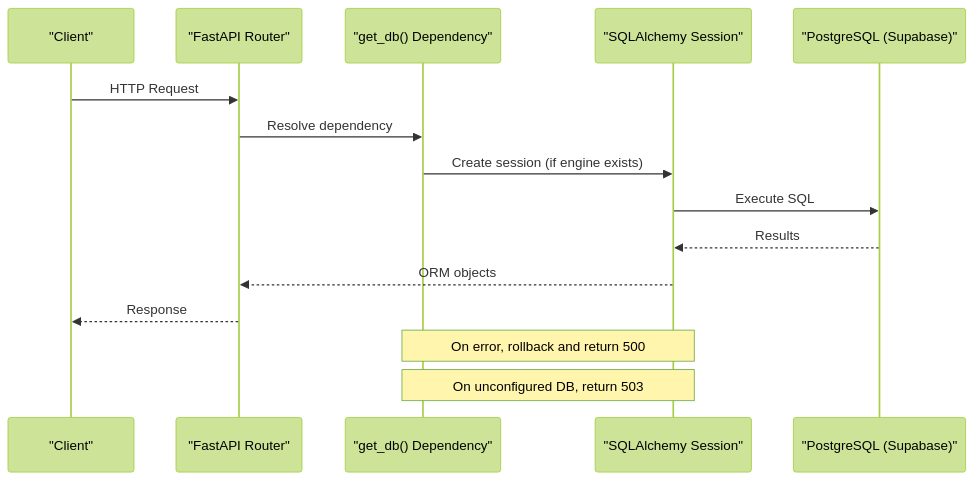
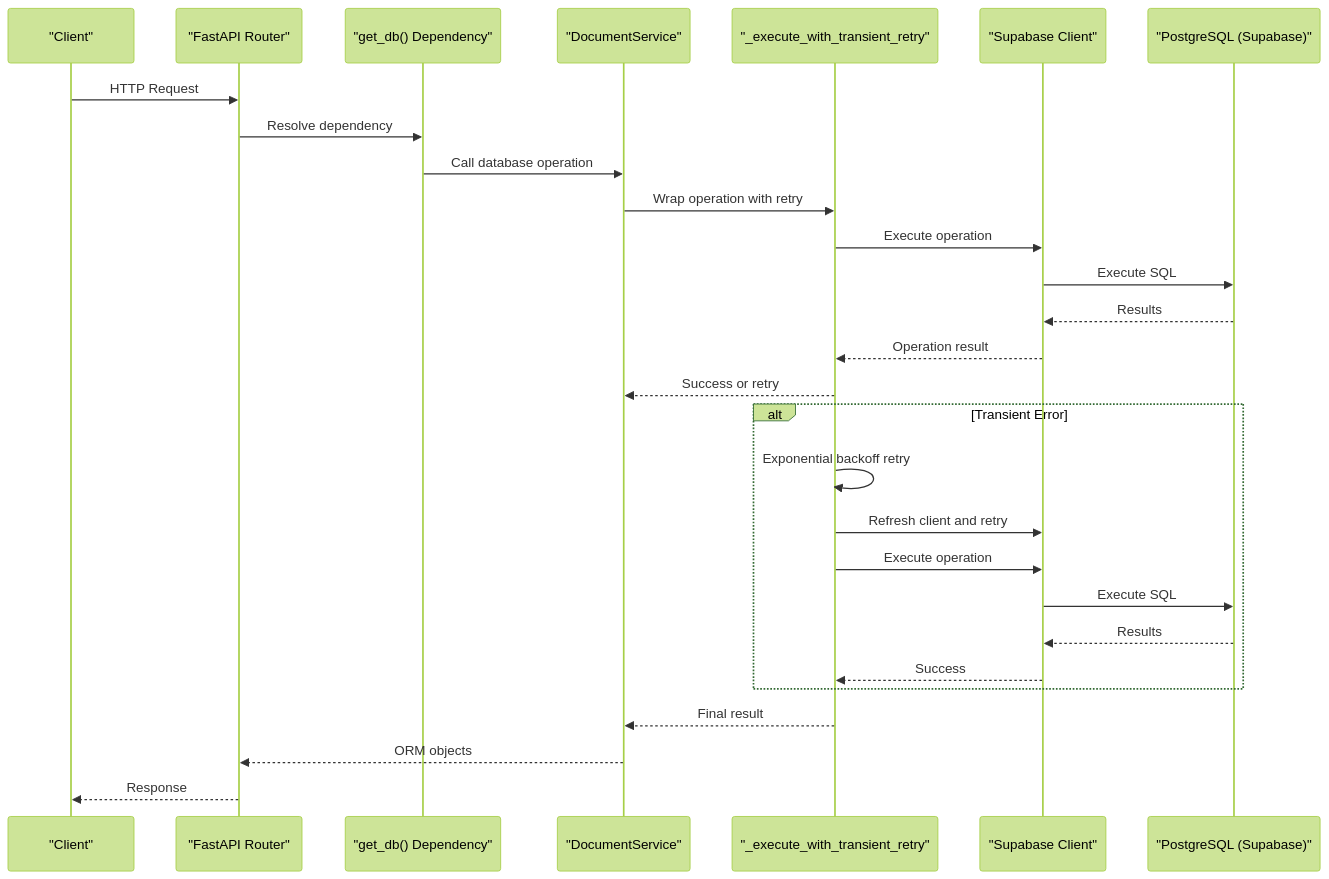
One commit to rohitkumarnaidu/-Auto-AI-Automated-Academic-Docx-Manuscript-Formatter changed the second of 8 diagrams in .qoder/repowiki/en/content/Backend Development/Database & ORM Design.md. Above: the diagram before and after it, drawn with Mermaid (forest theme). The commit also changed other lines of this file and 4 other files, not shown here.

````diff
--- a/.qoder/repowiki/en/content/Backend Development/Database & ORM Design.md
+++ b/.qoder/repowiki/en/content/Backend Development/Database & ORM Design.md
@@ -141,17 +165,30 @@
 ```mermaid
 sequenceDiagram
 participant Client as "Client"
 participant FastAPI as "FastAPI Router"
 participant Dep as "get_db() Dependency"
-participant Session as "SQLAlchemy Session"
+participant DocSvc as "DocumentService"
+participant Retry as "_execute_with_transient_retry"
+participant Supabase as "Supabase Client"
 participant DB as "PostgreSQL (Supabase)"
 Client->>FastAPI : HTTP Request
 FastAPI->>Dep : Resolve dependency
-Dep->>Session : Create session (if engine exists)
-Session->>DB : Execute SQL
-DB-->>Session : Results
-Session-->>FastAPI : ORM objects
+Dep->>DocSvc : Call database operation
+DocSvc->>Retry : Wrap operation with retry
+Retry->>Supabase : Execute operation
+Supabase->>DB : Execute SQL
+DB-->>Supabase : Results
+Supabase-->>Retry : Operation result
+Retry-->>DocSvc : Success or retry
+alt Transient Error
+Retry->>Retry : Exponential backoff retry
+Retry->>Supabase : Refresh client and retry
+Retry->>Supabase : Execute operation
+Supabase->>DB : Execute SQL
+DB-->>Supabase : Results
+Supabase-->>Retry : Success
+end
+Retry-->>DocSvc : Final result
+DocSvc-->>FastAPI : ORM objects
 FastAPI-->>Client : Response
-Note over Dep,Session : On error, rollback and return 500
-Note over Dep,Session : On unconfigured DB, return 503
 ```
````
